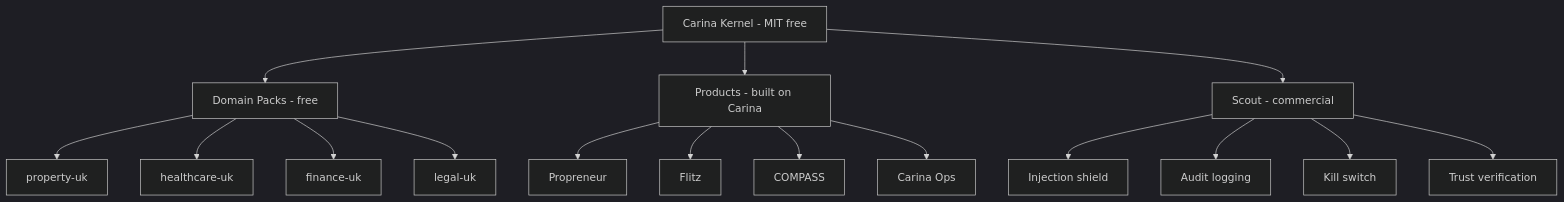
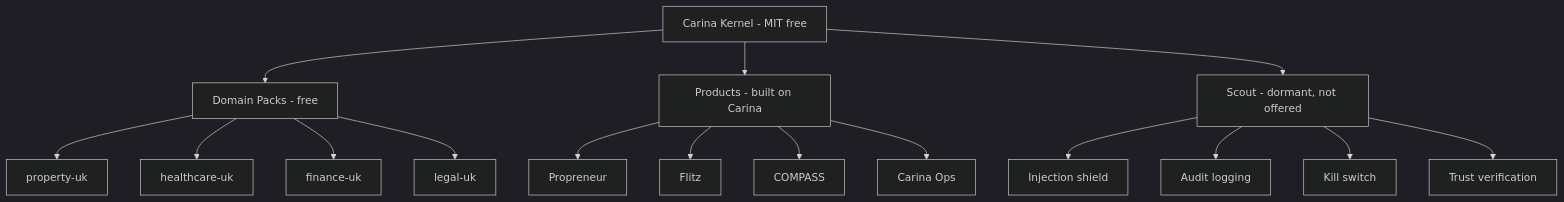
The diagram in 03-frontends/marketing/docs.carinaai.uk/docs/developer/platform-architecture.md (malike2356/carina), drawn with Mermaid (dark theme) before and after one commit. The commit also changed other lines of this file and 170 other files, not shown here.

````diff
--- a/03-frontends/marketing/docs.carinaai.uk/docs/developer/platform-architecture.md
+++ b/03-frontends/marketing/docs.carinaai.uk/docs/developer/platform-architecture.md
@@ -10,22 +10,22 @@
 ```mermaid
 flowchart TB
   kernel["Carina Kernel - MIT free"]
   packs["Domain Packs - free"]
   products["Products - built on Carina"]
-  scout["Scout - commercial"]
+  scout["Scout - dormant, not offered"]
   kernel --> packs
   kernel --> products
   kernel --> scout
   packs --> p1[property-uk]
   packs --> p2[healthcare-uk]
   packs --> p3[finance-uk]
   packs --> p4[legal-uk]
   products --> pr1[Propreneur]
   products --> pr2[Flitz]
   products --> pr3[COMPASS]
   products --> pr4[Carina Ops]
   scout --> s1[Injection shield]
   scout --> s2[Audit logging]
   scout --> s3[Kill switch]
   scout --> s4[Trust verification]
 ```
````
